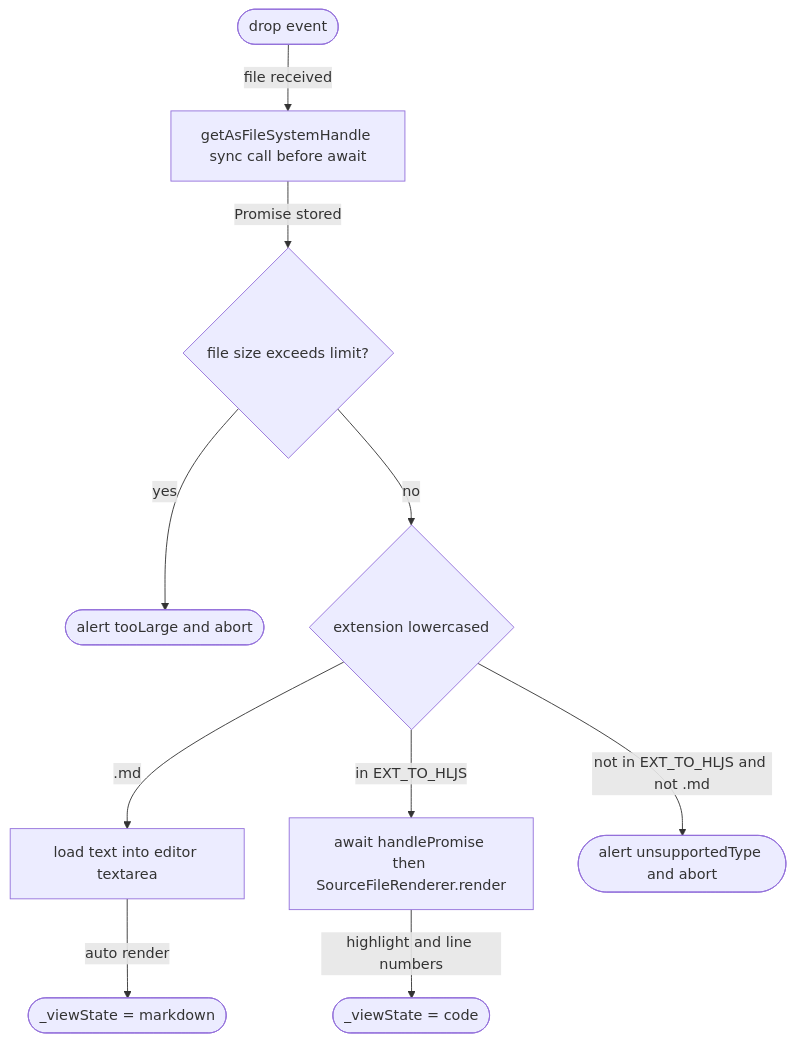
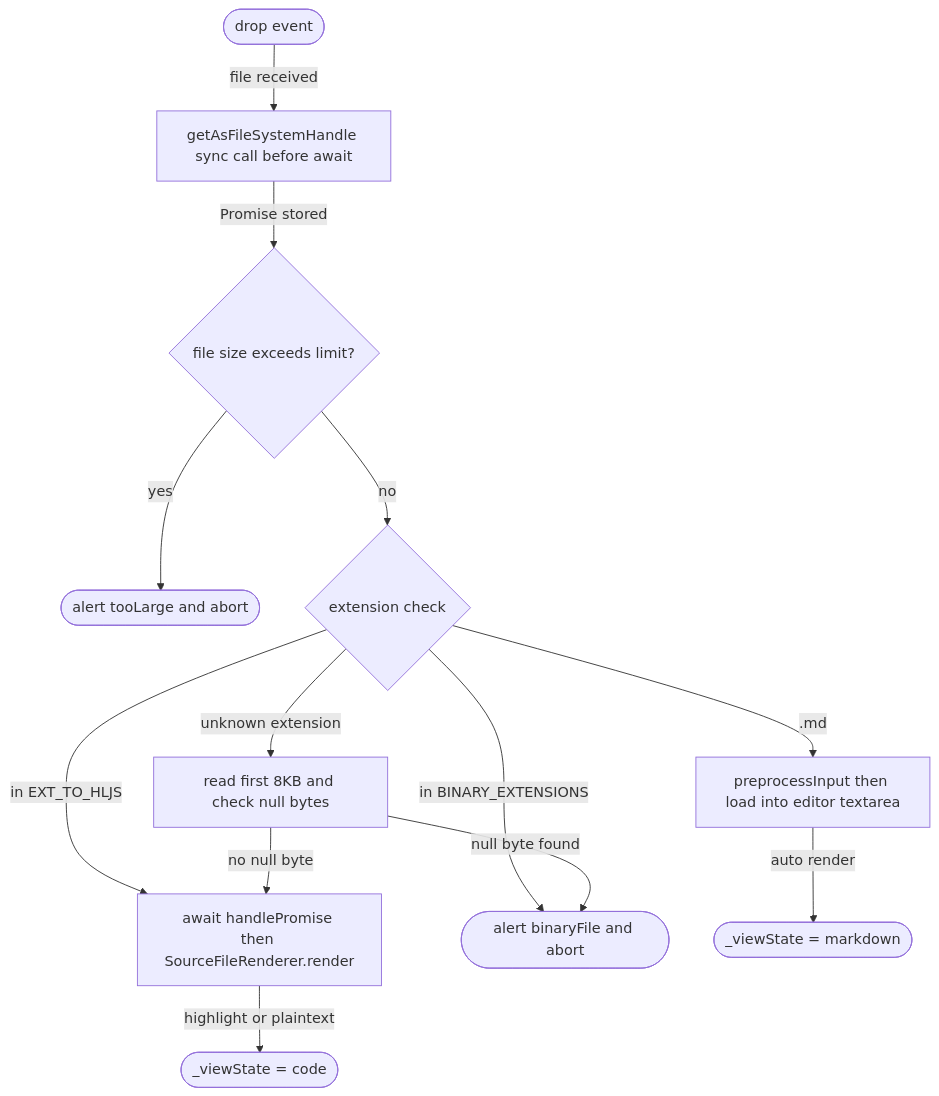
Before and after one commit to GoodRelax/gr-simple-md-renderer: the tenth of 10 diagrams in spec/grsmd_gen2_spec_ja.md, drawn with Mermaid. The commit also changed other lines of this file and 35 other files, not shown here.

````diff
--- a/spec/grsmd_gen2_spec_ja.md
+++ b/spec/grsmd_gen2_spec_ja.md
@@ -1346,12 +1373,15 @@
 ```mermaid
 flowchart TD
     A([drop event]) -->|"file received"| B[getAsFileSystemHandle sync call before await]
     B -->|"Promise stored"| C{"file size exceeds limit?"}
     C -->|"yes"| D([alert tooLarge and abort])
-    C -->|"no"| E{"extension lowercased"}
-    E -->|".md"| F[load text into editor textarea]
+    C -->|"no"| E{"extension check"}
+    E -->|".md"| F[preprocessInput then load into editor textarea]
     E -->|"in EXT_TO_HLJS"| G[await handlePromise then SourceFileRenderer.render]
-    E -->|"not in EXT_TO_HLJS and not .md"| H([alert unsupportedType and abort])
+    E -->|"in BINARY_EXTENSIONS"| H([alert binaryFile and abort])
+    E -->|"unknown extension"| K[read first 8KB and check null bytes]
+    K -->|"null byte found"| H
+    K -->|"no null byte"| G
     F -->|"auto render"| I(["_viewState = markdown"])
-    G -->|"highlight and line numbers"| J(["_viewState = code"])
+    G -->|"highlight or plaintext"| J(["_viewState = code"])
 ```
````
